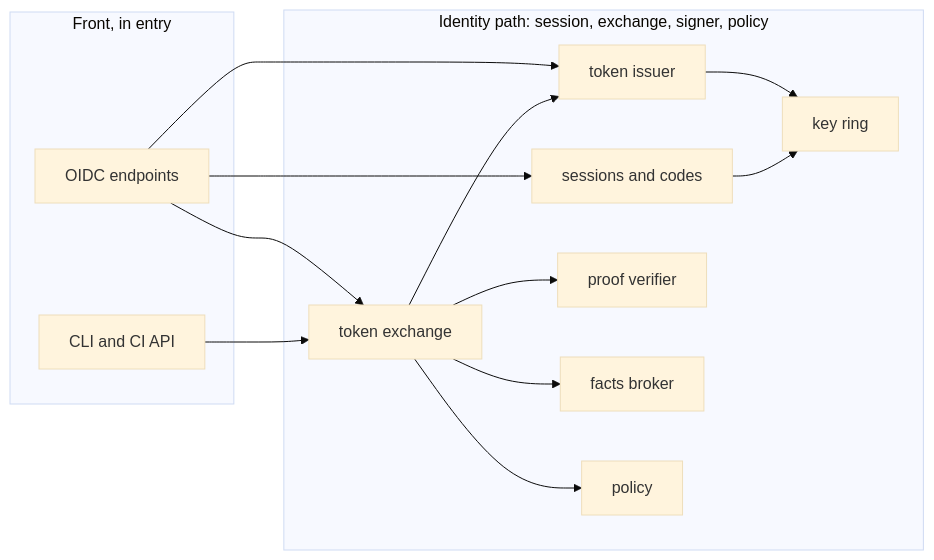
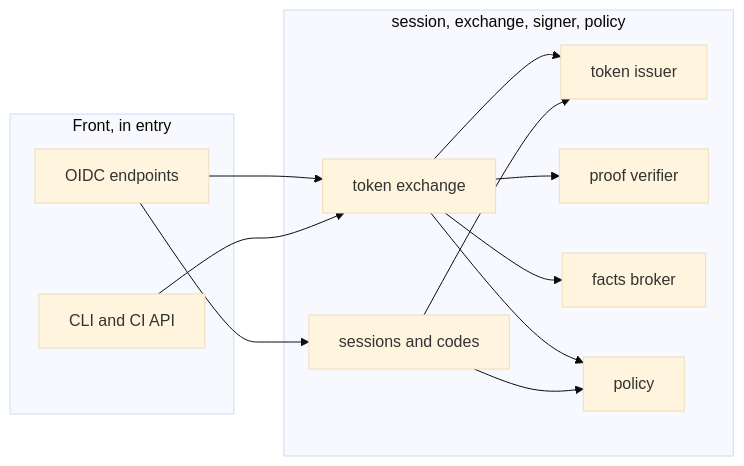
One commit to truvity/sluis changed the third of 7 diagrams in docs/architecture/components.md. Above: the diagram before and after it, drawn with Mermaid (base theme). The commit also changed other lines of this file and 118 other files, not shown here.

````diff
--- a/docs/architecture/components.md
+++ b/docs/architecture/components.md
@@ -181,28 +174,26 @@
 ```mermaid
 flowchart LR
   subgraph FRONT["Front, in entry"]
     oidc["OIDC endpoints"]
     cli["CLI and CI API"]
   end
 
-  subgraph CORE["Identity path: session, exchange, signer, policy"]
+  subgraph CORE["session, exchange, signer, policy"]
     sess["sessions and codes"]
     xchg["token exchange"]
     issuer["token issuer"]
-    ring["key ring"]
     proof["proof verifier"]
     facts["facts broker"]
     pol["policy"]
   end
 
   oidc --> sess
   oidc --> xchg
-  oidc --> issuer
   cli --> xchg
   xchg --> proof
   xchg --> facts
   xchg --> pol
   xchg --> issuer
-  issuer --> ring
-  sess --> ring
+  sess --> pol
+  sess --> issuer
 ```
````
